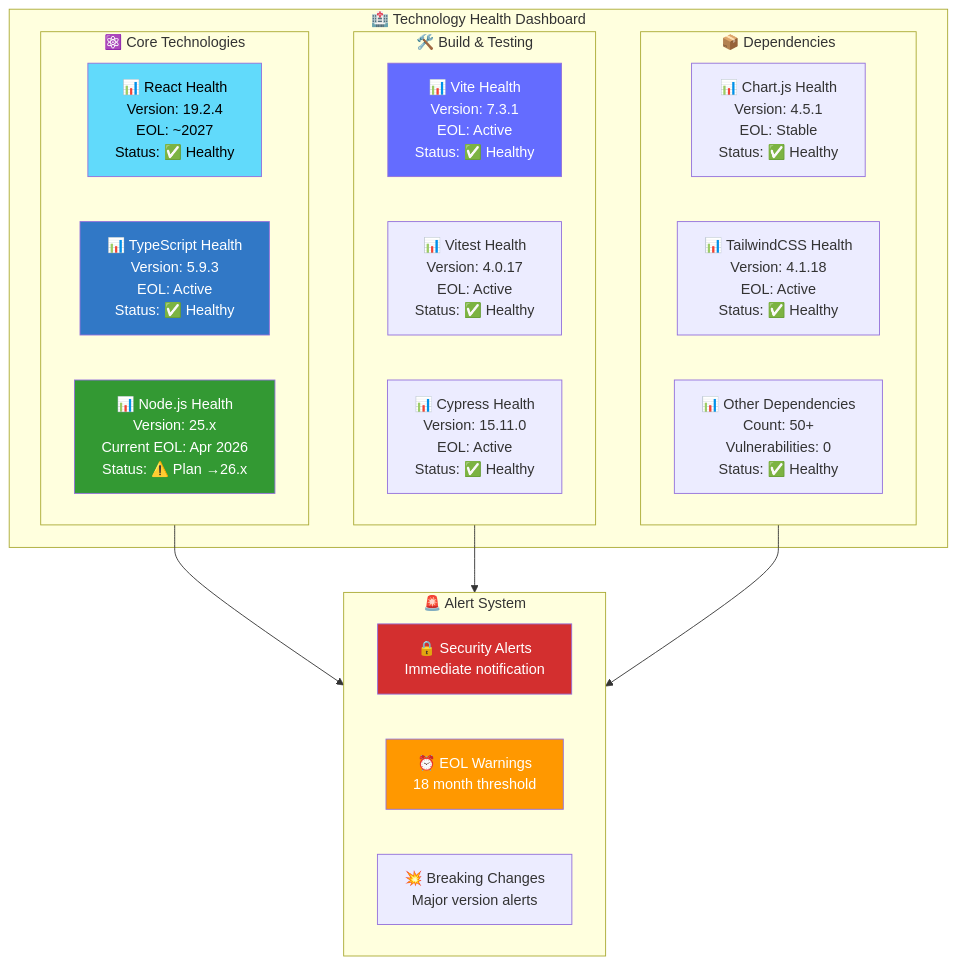
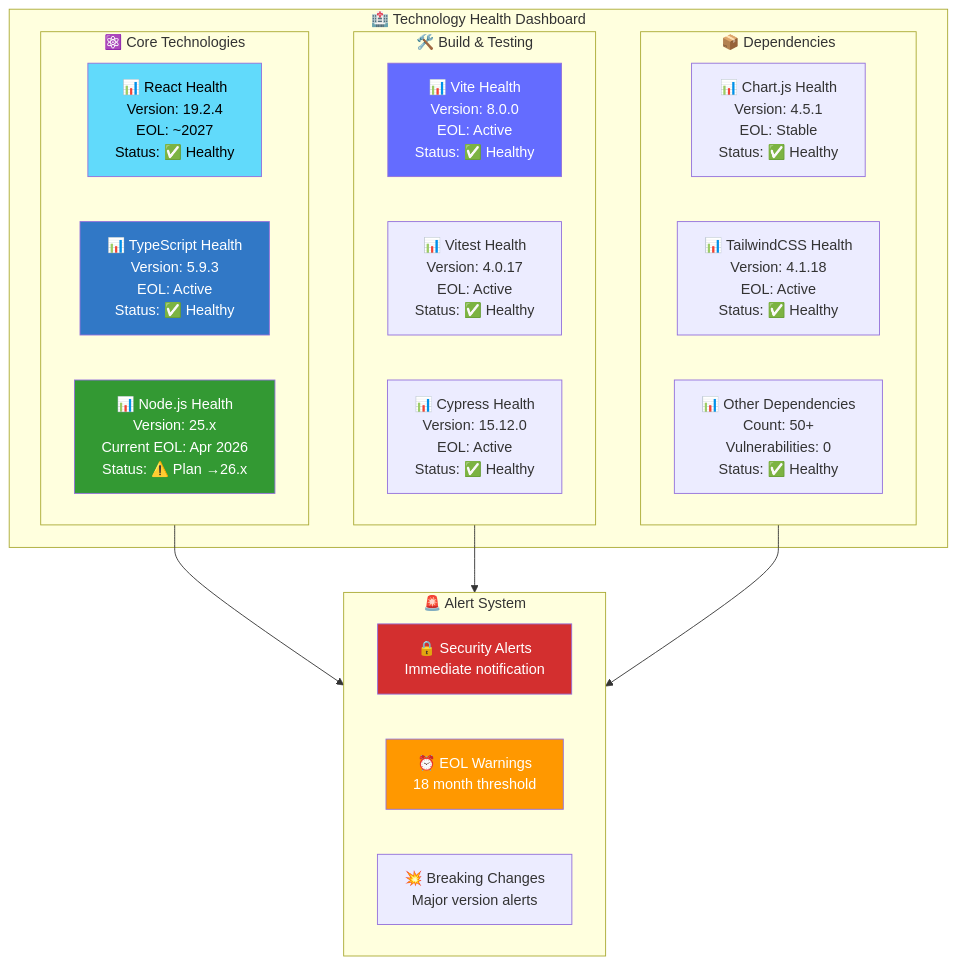
One commit to Hack23/cia-compliance-manager changed the ninth of 9 diagrams in docs/End-of-Life-Strategy.md. Above: the diagram before and after it, drawn with Mermaid. The commit also changed other lines of this file and 1 other file, not shown here.

Commit message:
docs: align runtime/version references with enforced package versions

````diff
--- a/docs/End-of-Life-Strategy.md
+++ b/docs/End-of-Life-Strategy.md
@@ -738,39 +738,39 @@
 ```mermaid
 graph TB
     subgraph HEALTH["🏥 Technology Health Dashboard"]
         subgraph CORE["⚛️ Core Technologies"]
             REACT[📊 React Health<br/>Version: 19.2.4<br/>EOL: ~2027<br/>Status: ✅ Healthy]
             TS[📊 TypeScript Health<br/>Version: 5.9.3<br/>EOL: Active<br/>Status: ✅ Healthy]
             NODE[📊 Node.js Health<br/>Version: 25.x<br/>Current EOL: Apr 2026<br/>Status: ⚠️ Plan →26.x]
         end
         
         subgraph TOOLS["🛠️ Build & Testing"]
-            VITE[📊 Vite Health<br/>Version: 7.3.1<br/>EOL: Active<br/>Status: ✅ Healthy]
+            VITE[📊 Vite Health<br/>Version: 8.0.0<br/>EOL: Active<br/>Status: ✅ Healthy]
             VITEST[📊 Vitest Health<br/>Version: 4.0.17<br/>EOL: Active<br/>Status: ✅ Healthy]
-            CYPRESS[📊 Cypress Health<br/>Version: 15.11.0<br/>EOL: Active<br/>Status: ✅ Healthy]
+            CYPRESS[📊 Cypress Health<br/>Version: 15.12.0<br/>EOL: Active<br/>Status: ✅ Healthy]
         end
         
         subgraph DEPS["📦 Dependencies"]
             CHART[📊 Chart.js Health<br/>Version: 4.5.1<br/>EOL: Stable<br/>Status: ✅ Healthy]
             TAILWIND[📊 TailwindCSS Health<br/>Version: 4.1.18<br/>EOL: Active<br/>Status: ✅ Healthy]
             OTHER[📊 Other Dependencies<br/>Count: 50+<br/>Vulnerabilities: 0<br/>Status: ✅ Healthy]
         end
     end
     
     subgraph ALERTS["🚨 Alert System"]
         SECURITY[🔒 Security Alerts<br/>Immediate notification]
         EOL[⏰ EOL Warnings<br/>18 month threshold]
         BREAKING[💥 Breaking Changes<br/>Major version alerts]
     end
     
     CORE --> ALERTS
     TOOLS --> ALERTS
     DEPS --> ALERTS
     
     style REACT fill:#61dafb,color:#000
     style TS fill:#3178c6,color:#fff
     style NODE fill:#339933,color:#fff
     style VITE fill:#646cff,color:#fff
     style SECURITY fill:#d32f2f,color:#fff
     style EOL fill:#ff9800,color:#fff
 ```
````
